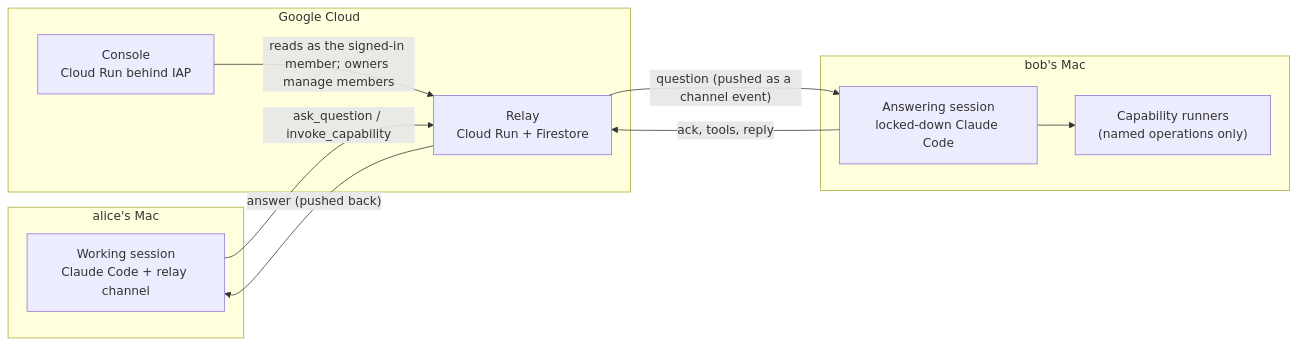
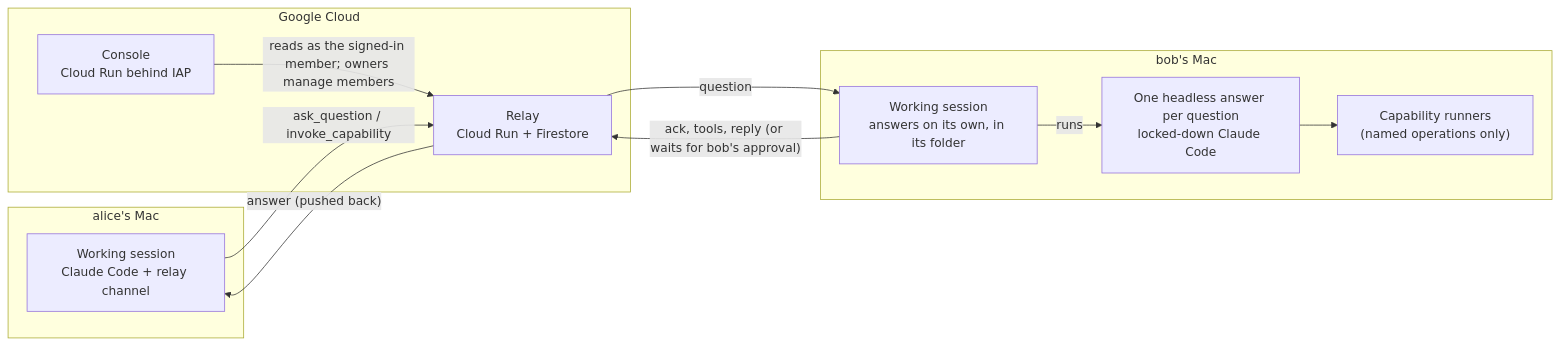
Before and after one commit to kivanov82/team-relay: the diagram in README.md, drawn with Mermaid. The commit also changed other lines of this file and 1 other file, not shown here.

First line of the commit message:
Document automatic answering and /team-relay:approvals

````diff
--- a/README.md
+++ b/README.md
@@ -16,20 +16,22 @@
 ```mermaid
 flowchart LR
   subgraph A["alice's Mac"]
     AW["Working session<br/>Claude Code + relay channel"]
   end
   subgraph R["Google Cloud"]
     RL["Relay<br/>Cloud Run + Firestore"]
     CO["Console<br/>Cloud Run behind IAP"]
   end
   subgraph B["bob's Mac"]
-    BA["Answering session<br/>locked-down Claude Code"]
+    BW["Working session<br/>answers on its own, in its folder"]
+    BA["One headless answer per question<br/>locked-down Claude Code"]
     CAP["Capability runners<br/>(named operations only)"]
   end
   AW -- "ask_question / invoke_capability" --> RL
-  RL -- "question (pushed as a channel event)" --> BA
-  BA -- "ack, tools, reply" --> RL
+  RL -- "question" --> BW
+  BW -- "runs" --> BA
+  BW -- "ack, tools, reply (or waits for bob's approval)" --> RL
   BA --> CAP
   RL -- "answer (pushed back)" --> AW
   CO -- "reads as the signed-in member; owners manage members" --> RL
 ```
````
